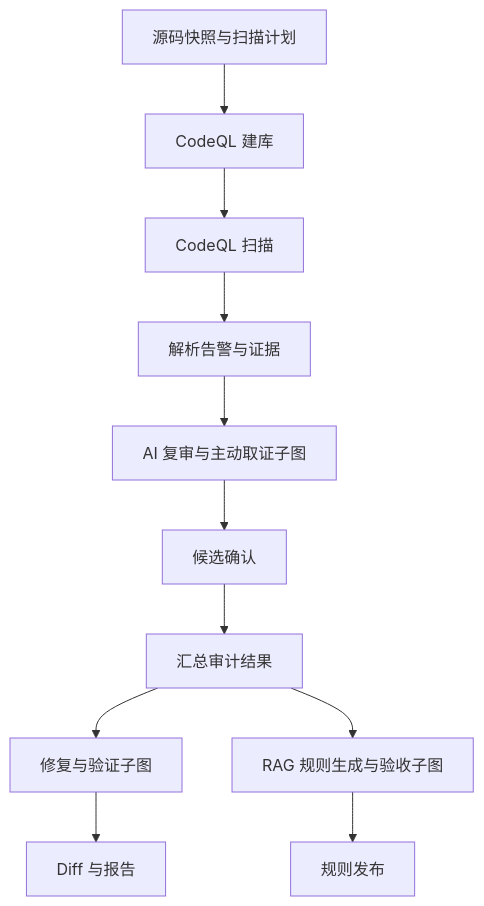
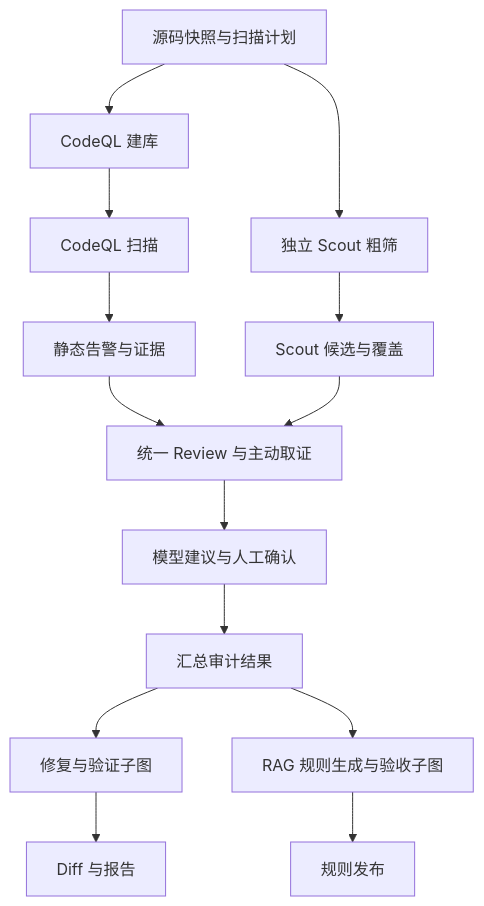
Before and after one commit to SleepyChaos/semflow-audit: the diagram in design/architecture.md, drawn with Mermaid. The commit also changed other lines of this file and 42 other files, not shown here.

````diff
--- a/design/architecture.md
+++ b/design/architecture.md
@@ -23,13 +25,16 @@
 ```mermaid
 flowchart TD
     A[源码快照与扫描计划] --> B[CodeQL 建库]
     B --> C[CodeQL 扫描]
-    C --> D[解析告警与证据]
-    D --> E[AI 复审与主动取证子图]
-    E --> F[候选确认]
+    A --> S[独立 Scout 粗筛]
+    C --> D[静态告警与证据]
+    S --> E[Scout 候选与覆盖]
+    D --> R[统一 Review 与主动取证]
+    E --> R
+    R --> F[模型建议与人工确认]
     F --> G[汇总审计结果]
     G --> H[修复与验证子图]
     H --> I[Diff 与报告]
     G --> J[RAG 规则生成与验收子图]
     J --> K[规则发布]
 ```
````
